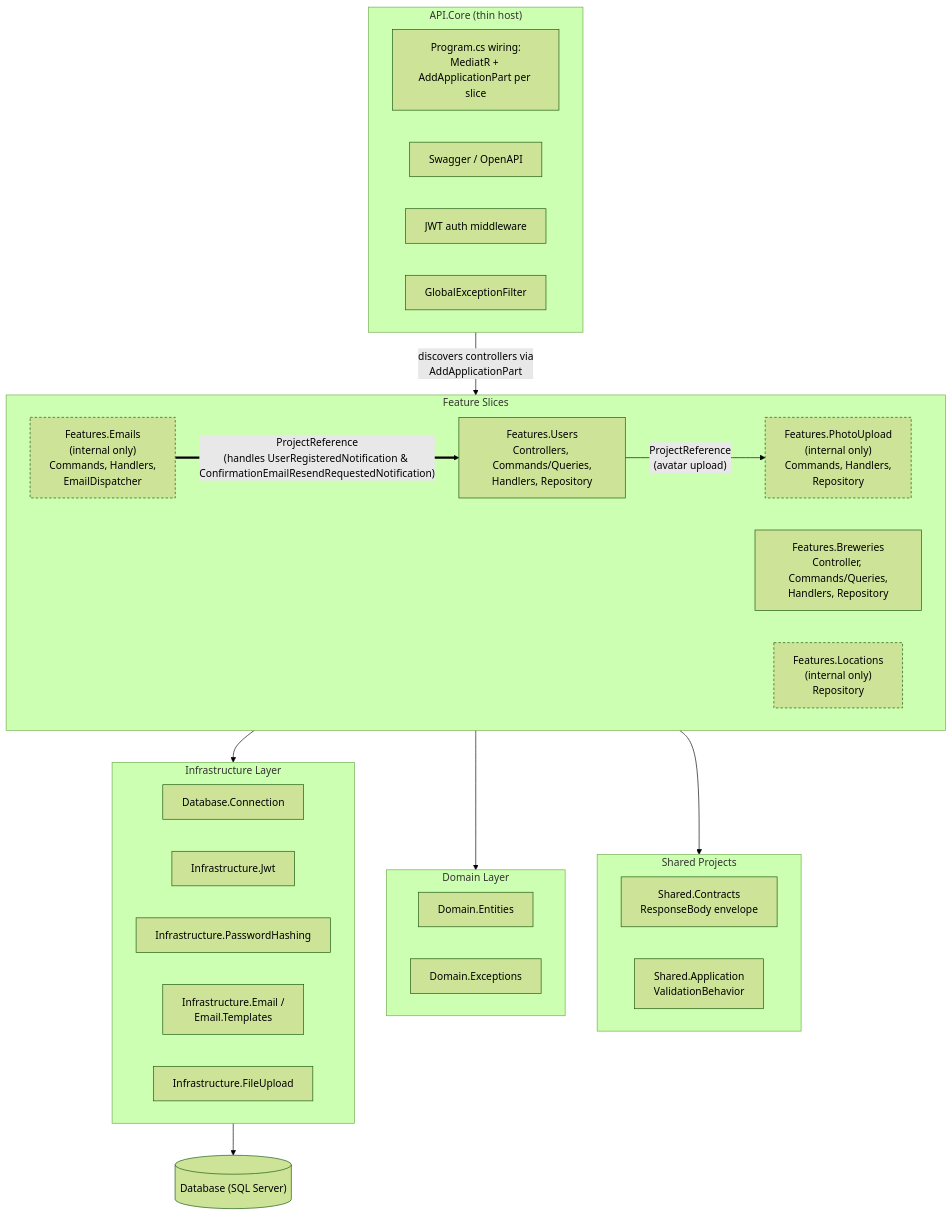
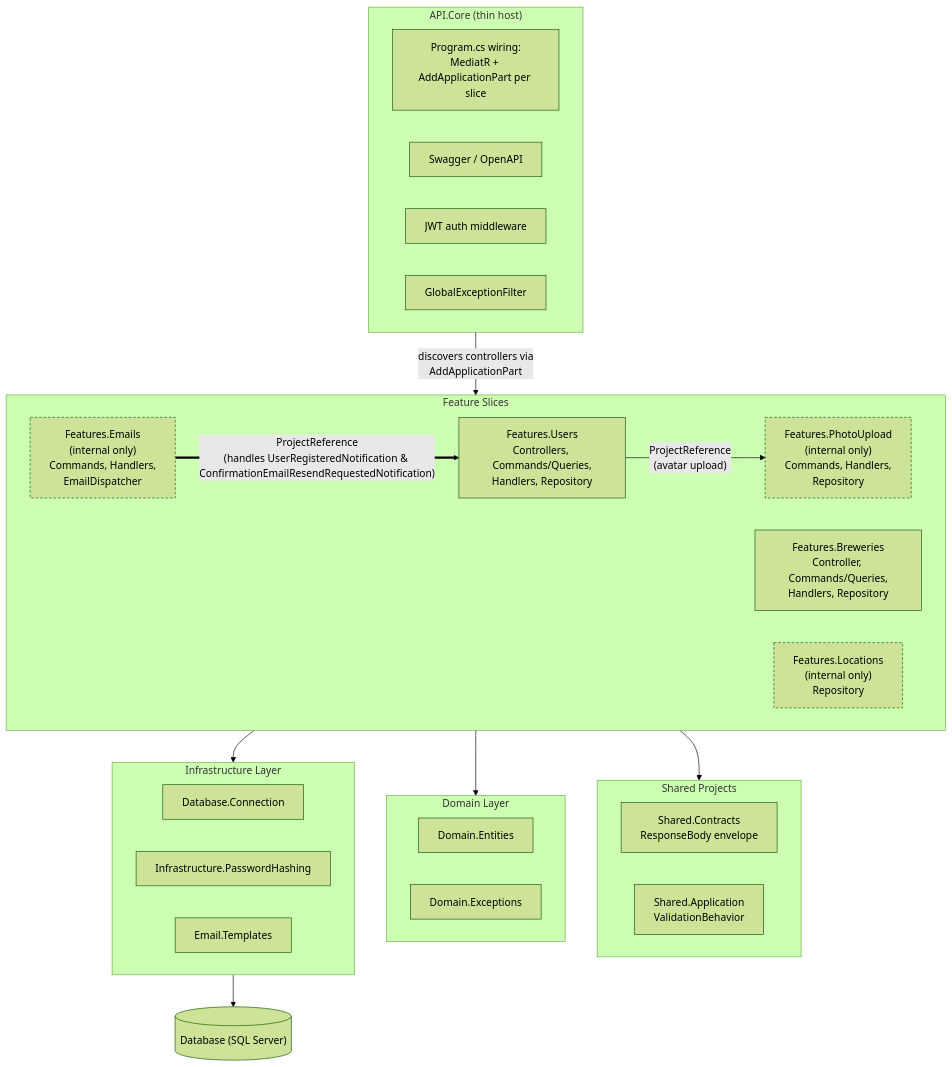
One commit to aaronpo97/the-biergarten-app changed the first of 2 diagrams in docs/web/architecture.md. Above: the diagram before and after it, drawn with Mermaid (forest theme). The commit also changed other lines of this file and 58 other files, not shown here.

````diff
--- a/docs/web/architecture.md
+++ b/docs/web/architecture.md
@@ -58,56 +58,54 @@
 ```mermaid
 flowchart TB
     subgraph HOST["API.Core (thin host)"]
         direction LR
         H1["Program.cs wiring:<br/>MediatR + AddApplicationPart per slice"]
         H2["Swagger / OpenAPI"]
         H3["JWT auth middleware"]
         H4["GlobalExceptionFilter"]
     end
 
     subgraph SLICES["Feature Slices"]
         direction LR
         S1["Features.Users<br/>Controllers, Commands/Queries,<br/>Handlers, Repository"]
         S2["Features.Breweries<br/>Controller, Commands/Queries,<br/>Handlers, Repository"]
         S3["Features.Emails<br/>(internal only)<br/>Commands, Handlers,<br/>EmailDispatcher"]
         S4["Features.Locations<br/>(internal only)<br/>Repository"]
         S5["Features.PhotoUpload<br/>(internal only)<br/>Commands, Handlers,<br/>Repository"]
     end
 
     subgraph SHARED["Shared Projects"]
         direction LR
         SH1["Shared.Contracts<br/>ResponseBody envelope"]
         SH2["Shared.Application<br/>ValidationBehavior"]
     end
 
     subgraph DOMAIN["Domain Layer"]
         direction LR
         D1["Domain.Entities"]
         D2["Domain.Exceptions"]
     end
 
     subgraph INFRA["Infrastructure Layer"]
         direction LR
         I1["Database.Connection"]
-        I2["Infrastructure.Jwt"]
         I3["Infrastructure.PasswordHashing"]
-        I4["Infrastructure.Email /<br/>Email.Templates"]
-        I5["Infrastructure.FileUpload"]
+        I4["Email.Templates"]
     end
 
     DB[("Database (SQL Server)")]
 
     HOST -- "discovers controllers via<br/>AddApplicationPart" --> SLICES
     S3 == "ProjectReference<br/>(handles UserRegisteredNotification & ConfirmationEmailResendRequestedNotification)" ==> S1
     S1 -- "ProjectReference<br/>(avatar upload)" --> S5
 
     SLICES --> SHARED
     SLICES --> DOMAIN
     SLICES --> INFRA
 
     INFRA --> DB
 
     style S3 stroke-dasharray: 4 3
     style S4 stroke-dasharray: 4 3
     style S5 stroke-dasharray: 4 3
 ```
````
